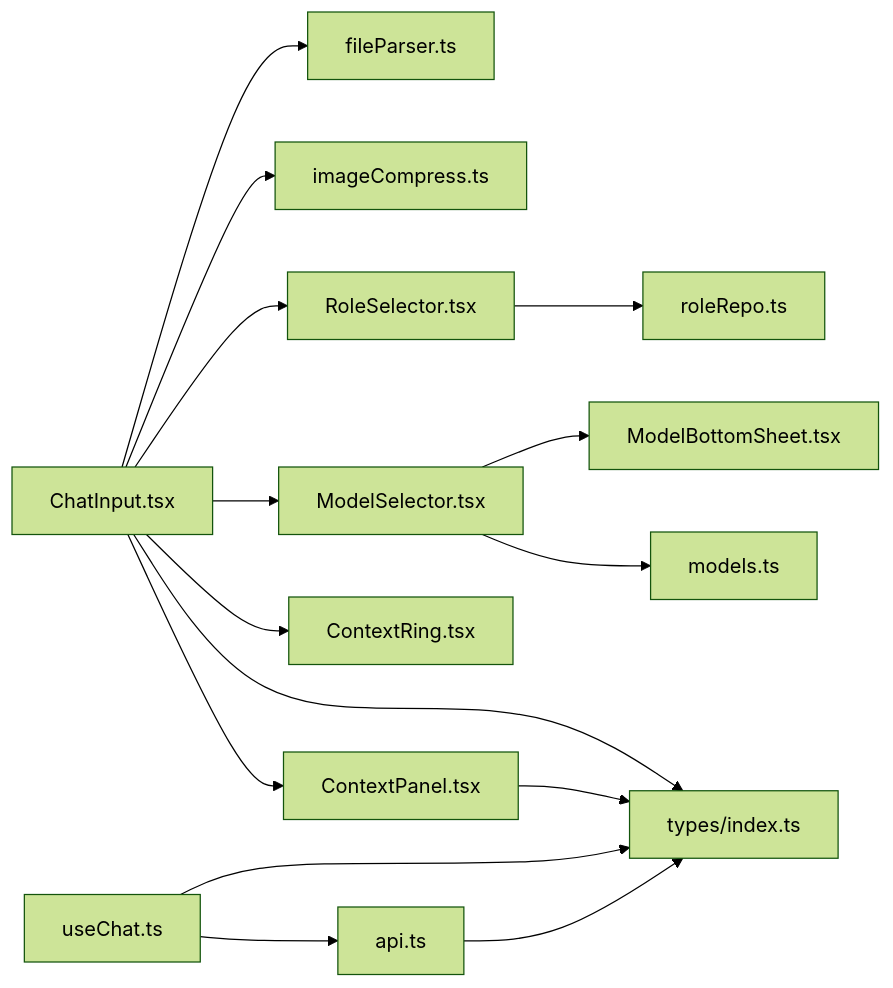
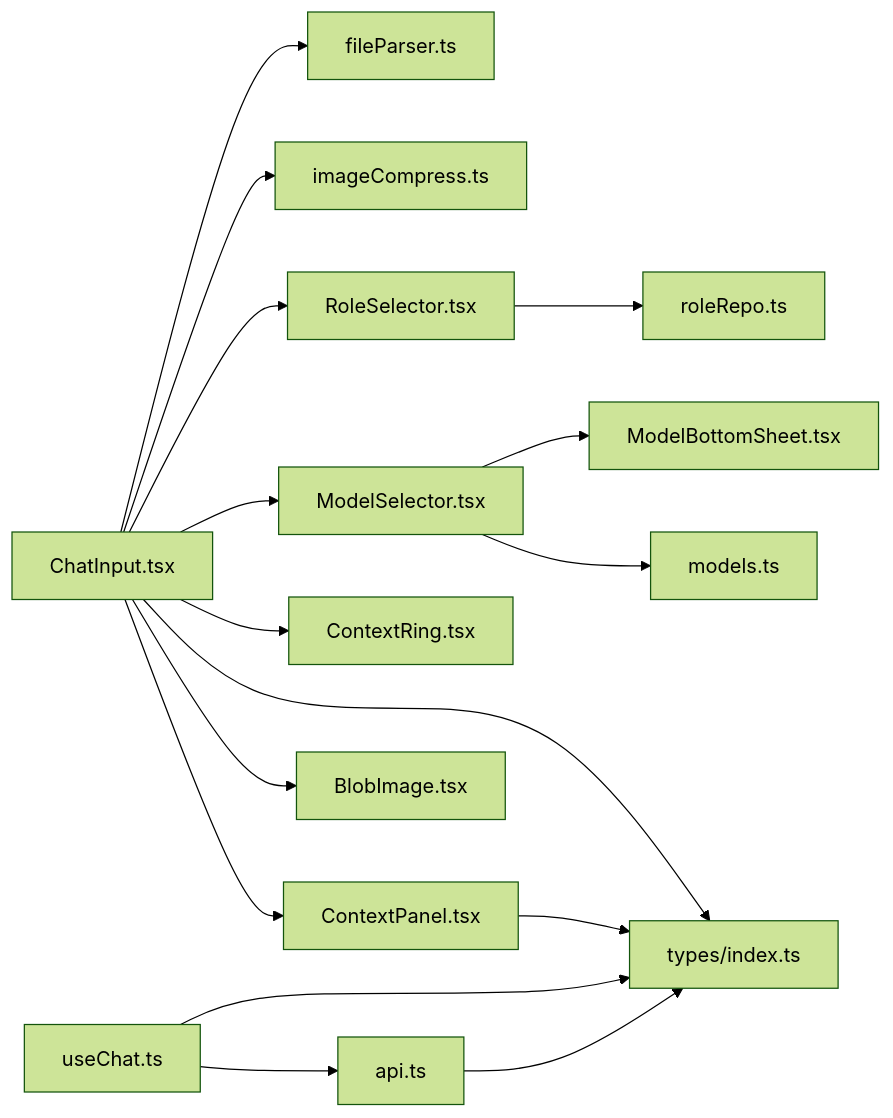
One commit to billye220670/AIShop changed the fifth of 5 diagrams in .qoder/repowiki/zh/content/聊天模块/聊天输入组件.md. Above: the diagram before and after it, drawn with Mermaid (forest theme). The commit also changed other lines of this file and 40 other files, not shown here.

````diff
--- a/.qoder/repowiki/zh/content/聊天模块/聊天输入组件.md
+++ b/.qoder/repowiki/zh/content/聊天模块/聊天输入组件.md
@@ -452,17 +491,18 @@
 ```mermaid
 graph LR
 CI["ChatInput.tsx"] --> T["types/index.ts"]
 CI --> FP["fileParser.ts"]
 CI --> IC["imageCompress.ts"]
 CI --> MS["ModelSelector.tsx"]
 CI --> RS["RoleSelector.tsx"]
 CI --> CR["ContextRing.tsx"]
 CI --> CP["ContextPanel.tsx"]
+CI --> BI["BlobImage.tsx"]
 MS --> MC["models.ts"]
 MS --> MBS["ModelBottomSheet.tsx"]
 RS --> RR["roleRepo.ts"]
 CP --> T
 UC["useChat.ts"] --> API["api.ts"]
 UC --> T
 API --> T
 ```
````
